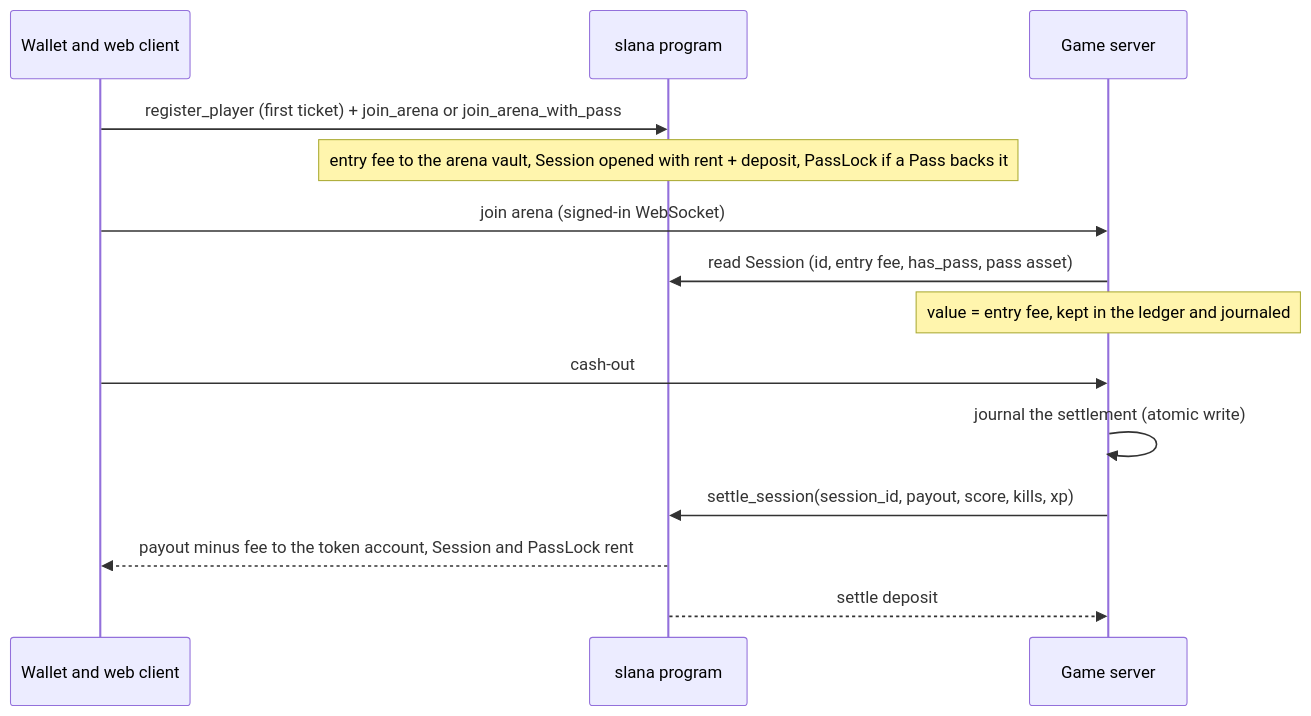
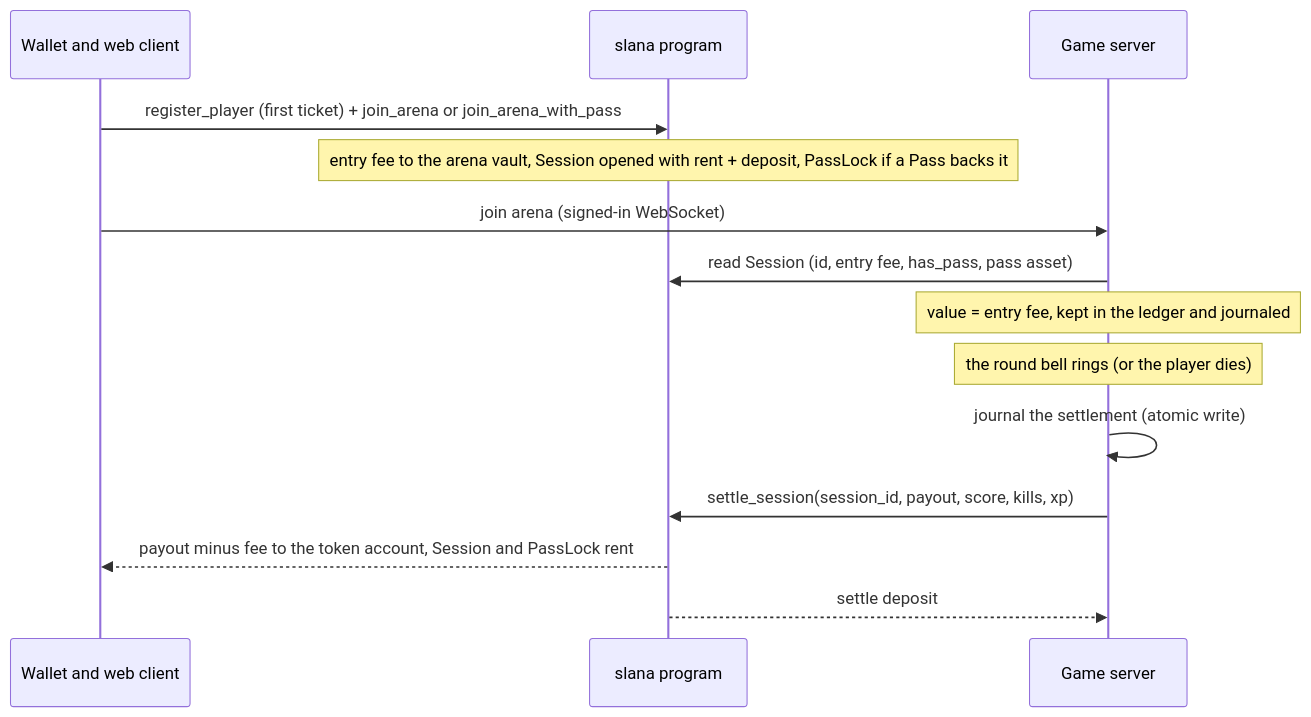
One commit to furkan3152/Solagel changed the second of 2 diagrams in docs/ARCHITECTURE.md. Above: the diagram before and after it, drawn with Mermaid. The commit also changed other lines of this file and 23 other files, not shown here.

````diff
--- a/docs/ARCHITECTURE.md
+++ b/docs/ARCHITECTURE.md
@@ -123,16 +131,16 @@
 ```mermaid
 sequenceDiagram
   participant W as Wallet and web client
   participant P as slana program
   participant S as Game server
   W->>P: register_player (first ticket) + join_arena or join_arena_with_pass
   Note over P: entry fee to the arena vault, Session opened with rent + deposit, PassLock if a Pass backs it
   W->>S: join arena (signed-in WebSocket)
   S->>P: read Session (id, entry fee, has_pass, pass asset)
   Note over S: value = entry fee, kept in the ledger and journaled
-  W->>S: cash-out
+  Note over S: the round bell rings (or the player dies)
   S->>S: journal the settlement (atomic write)
   S->>P: settle_session(session_id, payout, score, kills, xp)
   P-->>W: payout minus fee to the token account, Session and PassLock rent
   P-->>S: settle deposit
 ```
````
